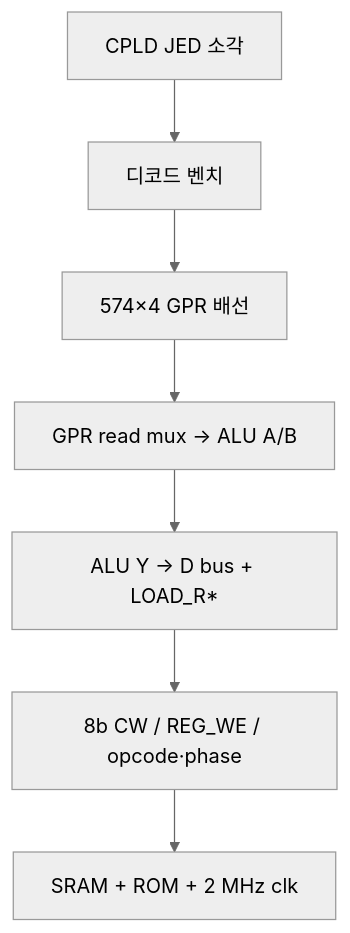
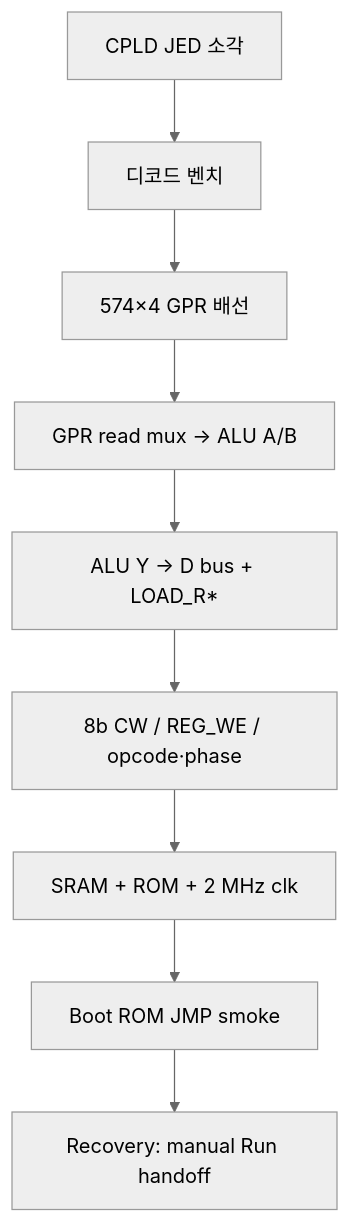
The diagram in docs/hw-bringup-cpld-programming.md (Flkalas/plover), drawn with Mermaid (neutral theme) before and after one commit. The commit also changed other lines of this file and 3 other files, not shown here.

````diff
--- a/docs/hw-bringup-cpld-programming.md
+++ b/docs/hw-bringup-cpld-programming.md
@@ -140,9 +142,11 @@
 ```mermaid
 flowchart TD
   A[CPLD JED 소각] --> B[디코드 벤치]
   B --> C[574×4 GPR 배선]
   C --> D[GPR read mux → ALU A/B]
   D --> E[ALU Y → D bus + LOAD_R*]
   E --> F[8b CW / REG_WE / opcode·phase]
   F --> G[SRAM + ROM + 2 MHz clk]
+  G --> H[Boot ROM JMP smoke]
+  H --> I[Recovery: manual Run handoff]
 ```
````
